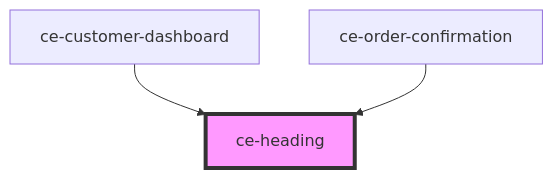
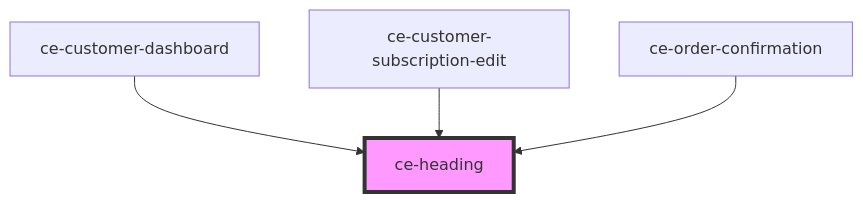
Before and after one commit to surecart/surecart-wp-plugin: the diagram in packages/components/src/components/ui/heading/readme.md, drawn with Mermaid. The commit also changed other lines of this file and 41 other files, not shown here.

````diff
--- a/packages/components/src/components/ui/heading/readme.md
+++ b/packages/components/src/components/ui/heading/readme.md
@@ -23,6 +31,7 @@
 ```mermaid
 graph TD;
   ce-customer-dashboard --> ce-heading
+  ce-customer-subscription-edit --> ce-heading
   ce-order-confirmation --> ce-heading
   style ce-heading fill:#f9f,stroke:#333,stroke-width:4px
 ```
````
